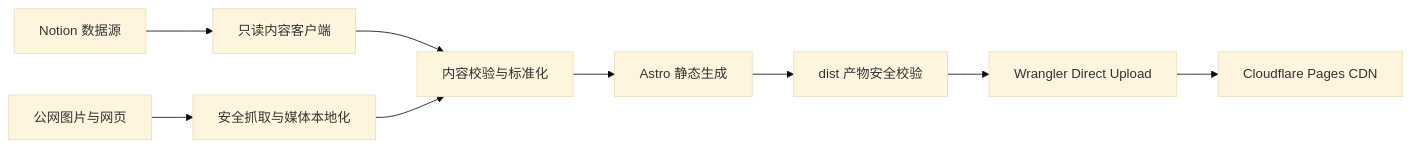
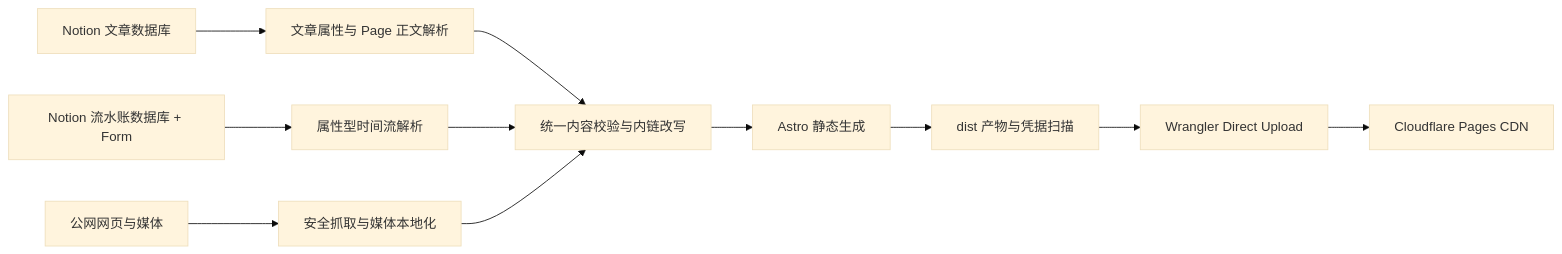
The diagram in README.md (shaun17/PageComet), drawn with Mermaid (base theme) before and after one commit. The commit also changed other lines of this file and 3 other files, not shown here.

````diff
--- a/README.md
+++ b/README.md
@@ -47,11 +55,13 @@
 ```mermaid
 flowchart LR
-  A["Notion 数据源"] --> B["只读内容客户端"]
-  C["公网图片与网页"] --> D["安全抓取与媒体本地化"]
-  B --> E["内容校验与标准化"]
-  D --> E
-  E --> F["Astro 静态生成"]
-  F --> G["dist 产物安全校验"]
-  G --> H["Wrangler Direct Upload"]
-  H --> I["Cloudflare Pages CDN"]
+  A["Notion 文章数据库"] --> B["文章属性与 Page 正文解析"]
+  C["Notion 流水账数据库 + Form"] --> D["属性型时间流解析"]
+  E["公网网页与媒体"] --> F["安全抓取与媒体本地化"]
+  B --> G["统一内容校验与内链改写"]
+  D --> G
+  F --> G
+  G --> H["Astro 静态生成"]
+  H --> I["dist 产物与凭据扫描"]
+  I --> J["Wrangler Direct Upload"]
+  J --> K["Cloudflare Pages CDN"]
 ```
````
